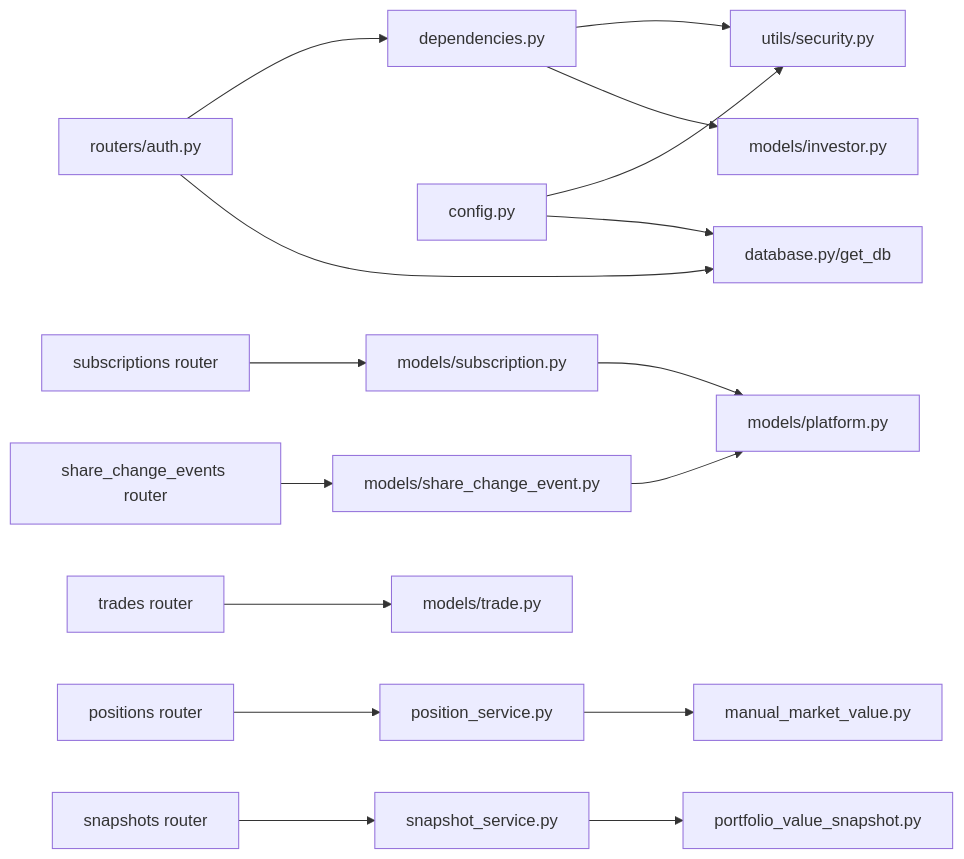
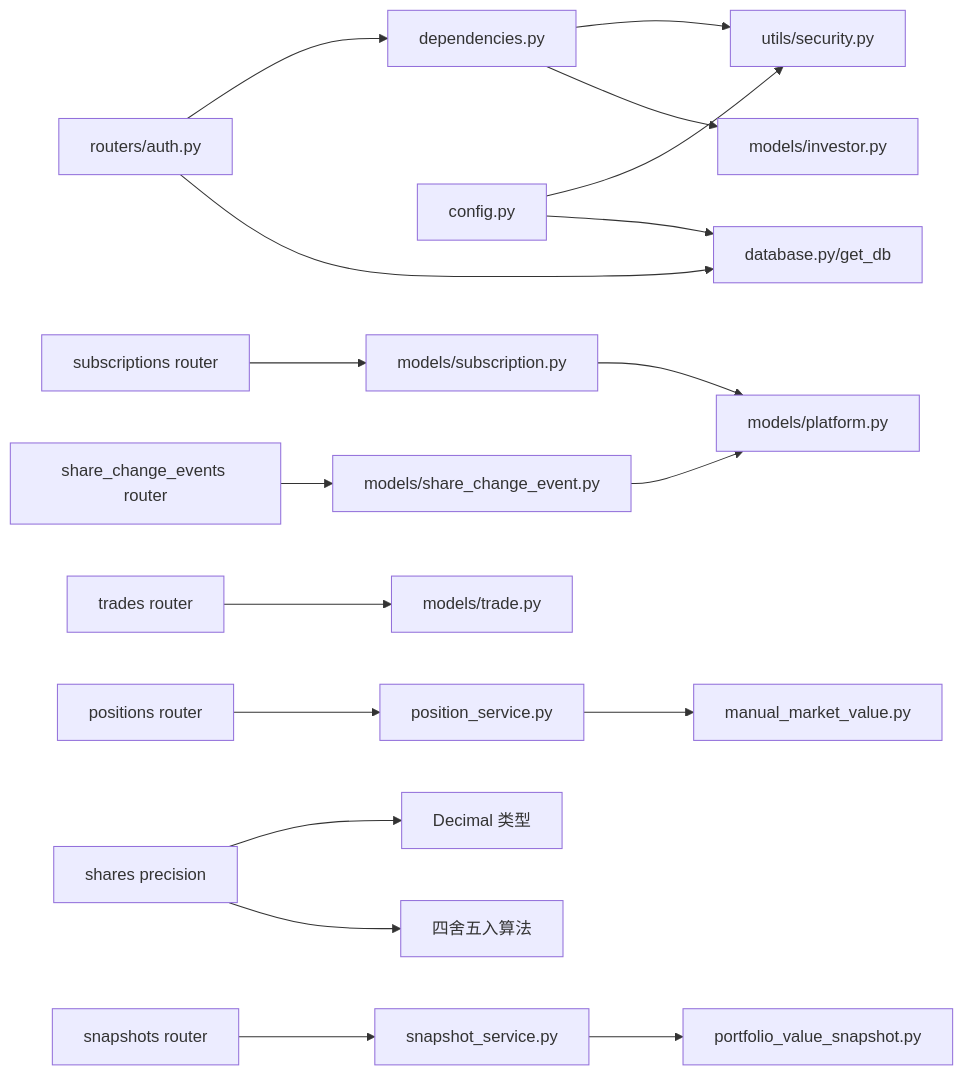
One commit to gujialind/InvestRing changed diagram 13 of 13 in .qoder/repowiki/zh/content/开发指南/测试策略/集成测试.md. Above: the diagram before and after it, drawn with Mermaid. The commit also changed other lines of this file and 32 other files, not shown here.

````diff
--- a/.qoder/repowiki/zh/content/开发指南/测试策略/集成测试.md
+++ b/.qoder/repowiki/zh/content/开发指南/测试策略/集成测试.md
@@ -493,18 +521,20 @@
 ```mermaid
 graph LR
 R_AUTH["routers/auth.py"] --> D_DEP["dependencies.py"]
 D_DEP --> U_SEC["utils/security.py"]
 D_DEP --> M_INV["models/investor.py"]
 R_AUTH --> D_DB["database.py/get_db"]
 CFG["config.py"] --> U_SEC
 CFG --> D_DB
 R_SUB["subscriptions router"] --> M_SUB["models/subscription.py"]
 R_EVENT["share_change_events router"] --> M_EVENT["models/share_change_event.py"]
 R_POS["positions router"] --> P_SVC["position_service.py"]
 P_SVC --> M_MMV["manual_market_value.py"]
 R_TRD["trades router"] --> M_TRADE["models/trade.py"]
 R_SNAP["snapshots router"] --> S_SVC["snapshot_service.py"]
 S_SVC --> M_SNAP["portfolio_value_snapshot.py"]
 M_SUB --> M_PLAT["models/platform.py"]
 M_EVENT --> M_PLAT
+PREC["shares precision"] --> DECIMAL["Decimal 类型"]
+PREC --> ROUND["四舍五入算法"]
 ```
````
